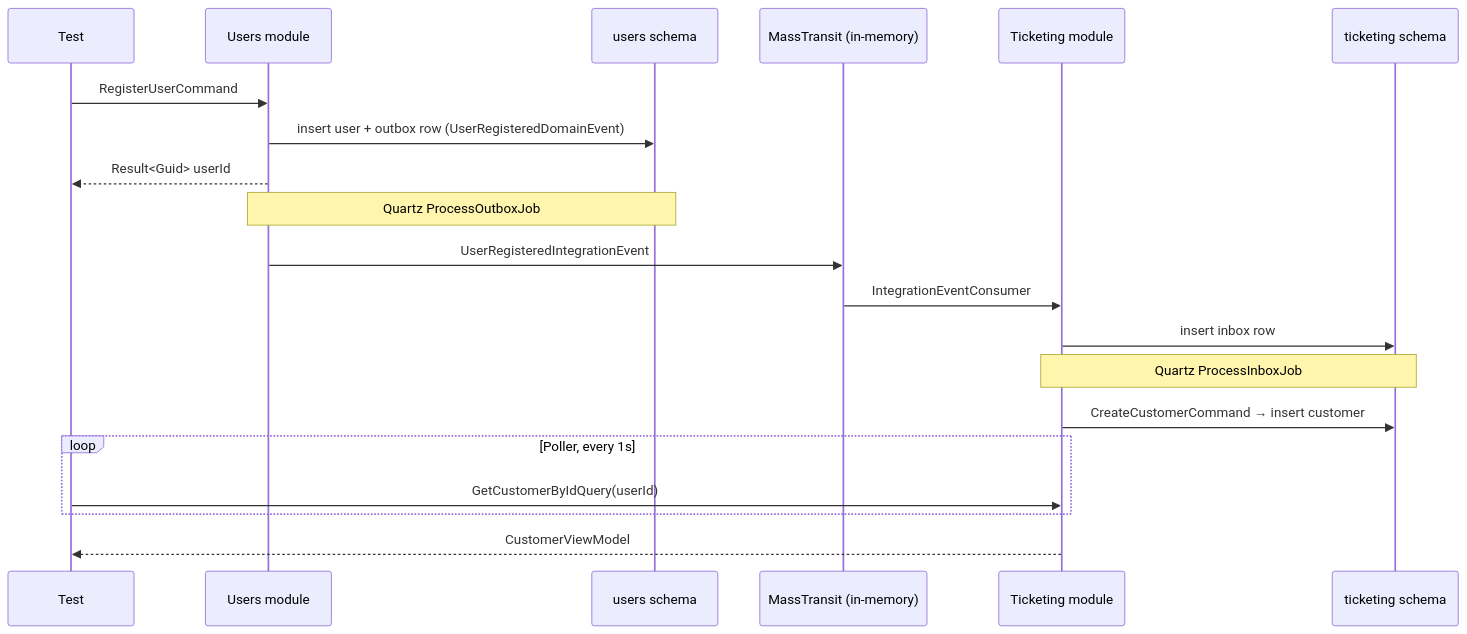
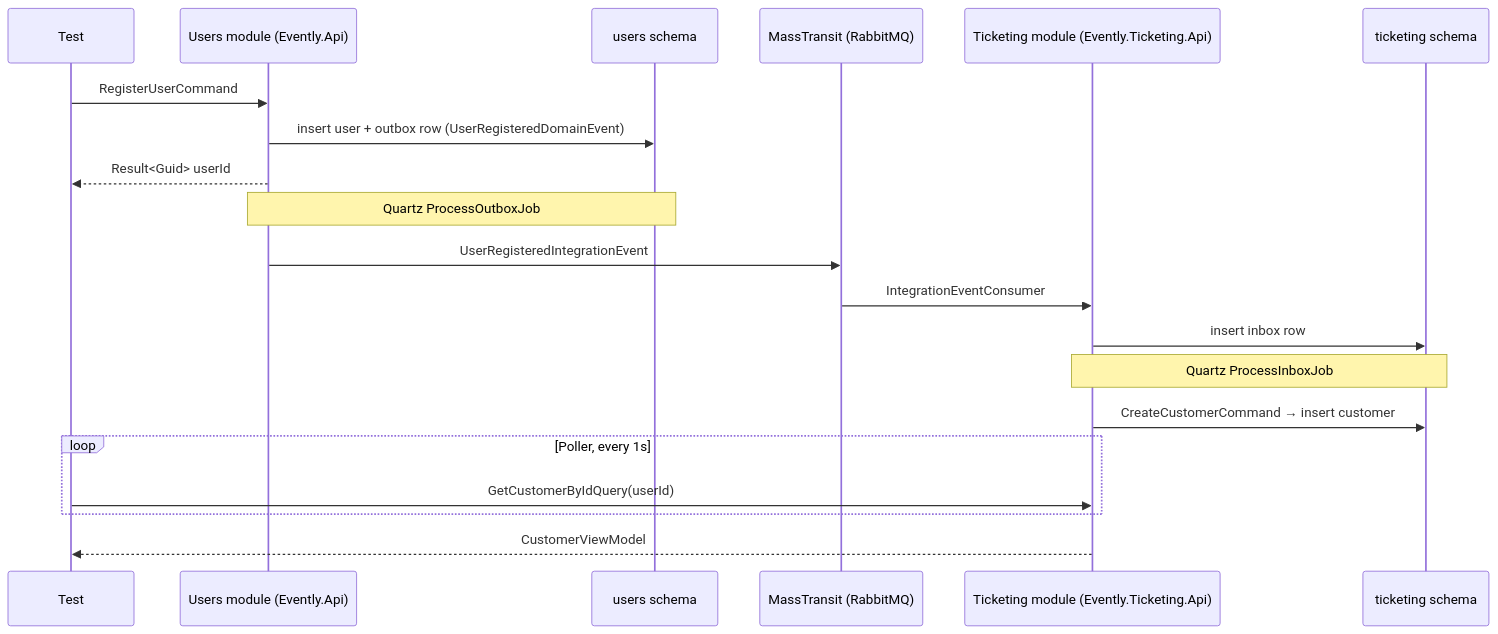
One commit to Qybi/Evently changed the diagram in test/Evently.Tests.IntegrationTests/README.md. Above: the diagram before and after it, drawn with Mermaid. The commit also changed other lines of this file and 7 other files, not shown here.

Commit message:
test: run ticketing tests against ticketing api

````diff
--- a/test/Evently.Tests.IntegrationTests/README.md
+++ b/test/Evently.Tests.IntegrationTests/README.md
@@ -15,23 +15,23 @@
 ```mermaid
 sequenceDiagram
     participant T as Test
-    participant U as Users module
+    participant U as Users module (Evently.Api)
     participant UDB as users schema
-    participant BUS as MassTransit (in-memory)
-    participant K as Ticketing module
+    participant BUS as MassTransit (RabbitMQ)
+    participant K as Ticketing module (Evently.Ticketing.Api)
     participant KDB as ticketing schema
 
     T->>U: RegisterUserCommand
     U->>UDB: insert user + outbox row (UserRegisteredDomainEvent)
     U-->>T: Result<Guid> userId
     Note over U,UDB: Quartz ProcessOutboxJob
     U->>BUS: UserRegisteredIntegrationEvent
     BUS->>K: IntegrationEventConsumer
     K->>KDB: insert inbox row
     Note over K,KDB: Quartz ProcessInboxJob
     K->>KDB: CreateCustomerCommand → insert customer
     loop Poller, every 1s
         T->>K: GetCustomerByIdQuery(userId)
     end
     K-->>T: CustomerViewModel
 ```
````
